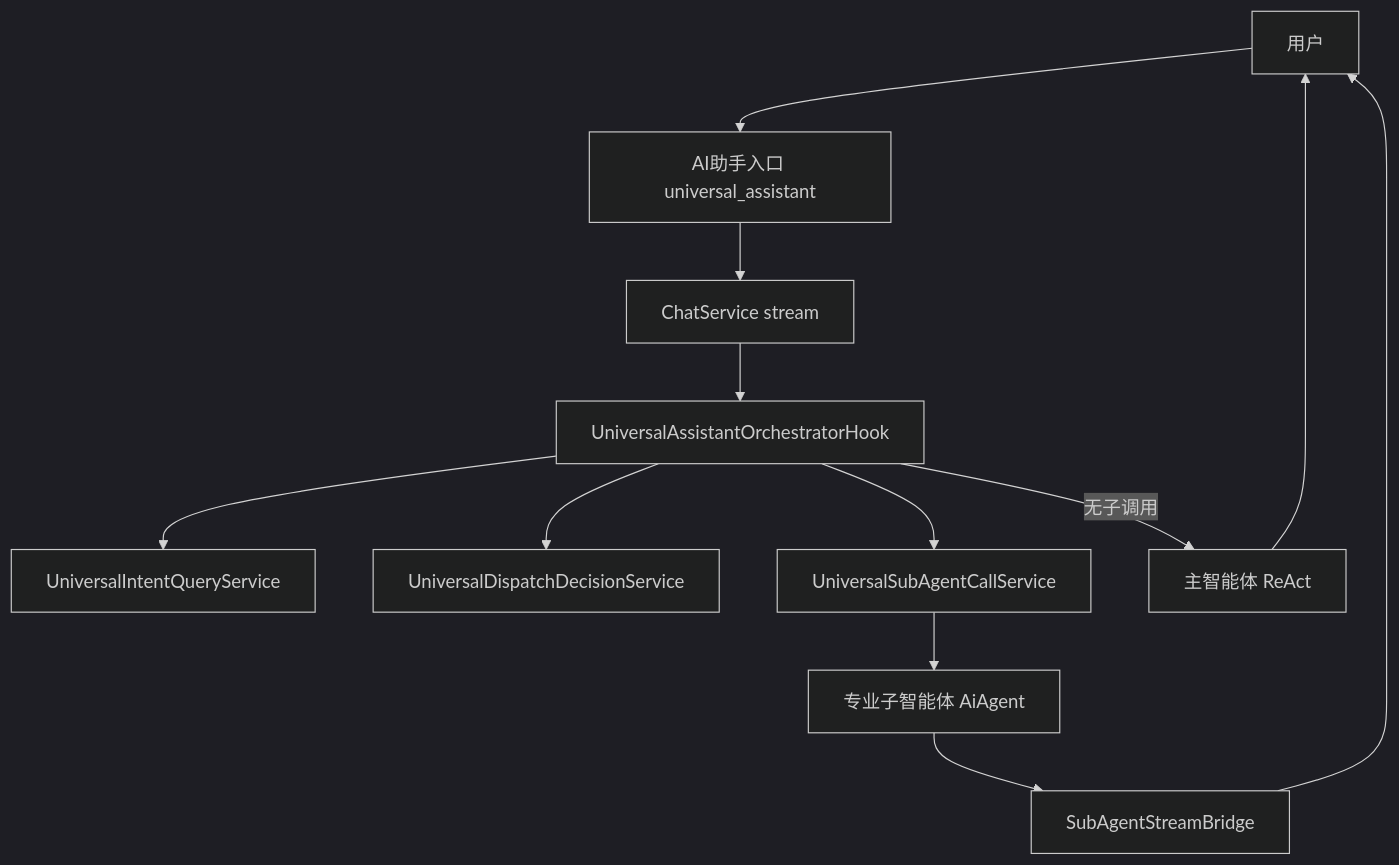
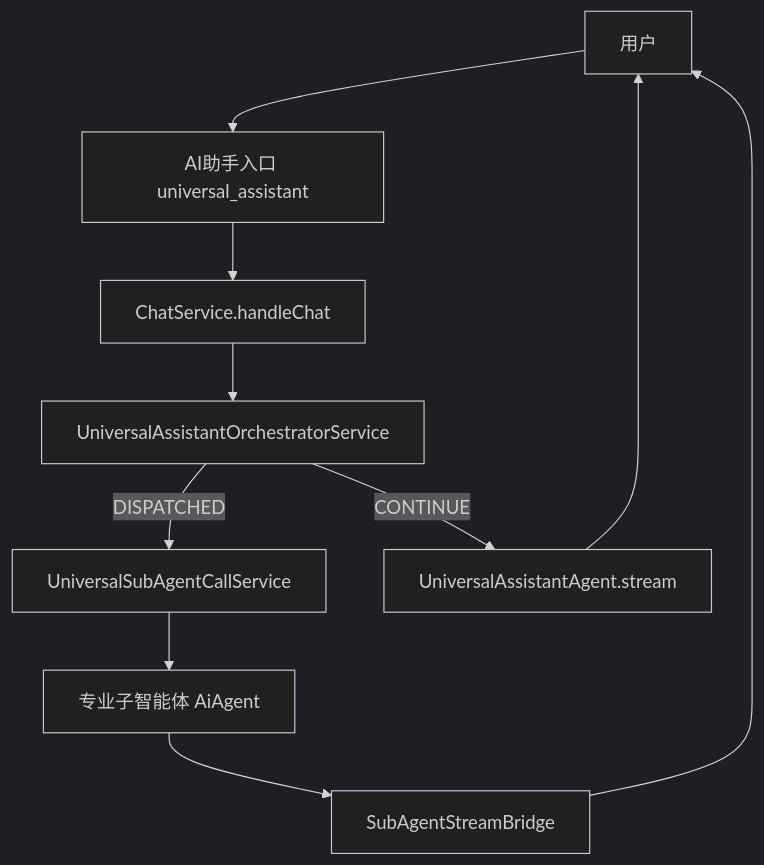
One commit to j2agent-ai/j2agent-docs changed the first of 3 diagrams in 平台/通用助手/README.md. Above: the diagram before and after it, drawn with Mermaid (dark theme). The commit also changed other lines of this file and 1 other file, not shown here.

First line of the commit message:
refactor(arch): 将通用助手编排逻辑从 Hook 迁移至独立服务

````diff
--- a/平台/通用助手/README.md
+++ b/平台/通用助手/README.md
@@ -19,14 +22,12 @@
 ```mermaid
 flowchart TB
   User[用户] --> Hub[AI助手入口 universal_assistant]
-  Hub --> CS[ChatService stream]
-  CS --> Hook[UniversalAssistantOrchestratorHook]
-  Hook --> Recall[UniversalIntentQueryService]
-  Hook --> Decide[UniversalDispatchDecisionService]
-  Hook --> Call[UniversalSubAgentCallService]
+  Hub --> CS[ChatService.handleChat]
+  CS --> Orch[UniversalAssistantOrchestratorService]
+  Orch -->|DISPATCHED| Call[UniversalSubAgentCallService]
   Call --> SubAgent[专业子智能体 AiAgent]
   SubAgent --> Bridge[SubAgentStreamBridge]
   Bridge --> User
-  Hook -->|无子调用| ReAct[主智能体 ReAct]
+  Orch -->|CONTINUE| ReAct[UniversalAssistantAgent.stream]
   ReAct --> User
 ```
````
